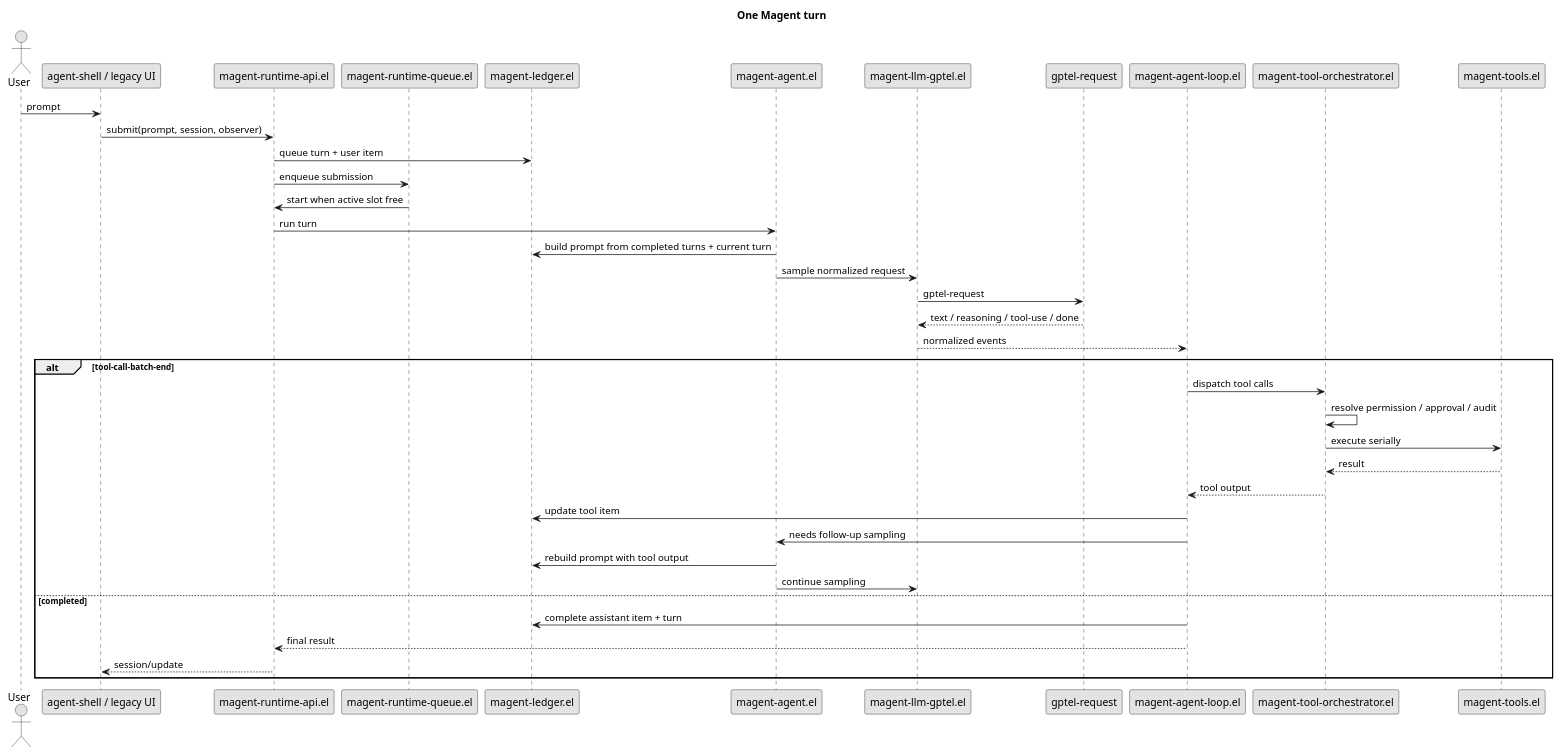
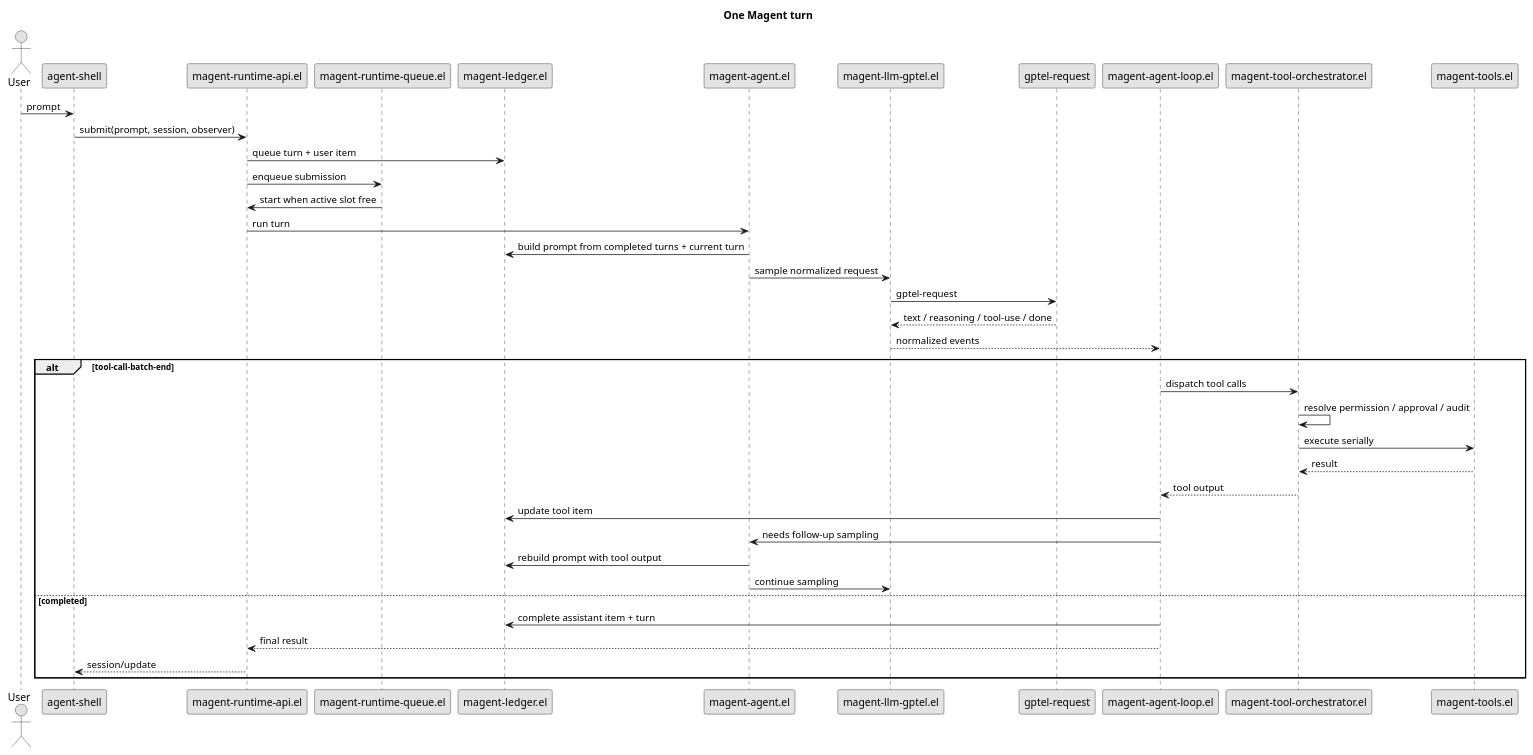
Before and after one commit to Jamie-Cui/magent: the second of 3 diagrams in docs/_diagrams/magent-architecture.org, drawn with PlantUML. The commit also changed other lines of this file and 22 other files, not shown here.

Commit message:
docs(ui): support agent-shell frontend only

```diff
--- a/docs/_diagrams/magent-architecture.org
+++ b/docs/_diagrams/magent-architecture.org
@@ -64,47 +62,47 @@
 #+begin_src plantuml :file ../assets/img/diagrams/one-magent-turn.svg :exports results :results file
 @startuml
 title One Magent turn
 skinparam monochrome true
 skinparam shadowing false
 
 actor User
-participant "agent-shell / legacy UI" as UI
+participant "agent-shell" as UI
 participant "magent-runtime-api.el" as Runtime
 participant "magent-runtime-queue.el" as Queue
 participant "magent-ledger.el" as Ledger
 participant "magent-agent.el" as Agent
 participant "magent-llm-gptel.el" as Adapter
 participant "gptel-request" as Gptel
 participant "magent-agent-loop.el" as Loop
 participant "magent-tool-orchestrator.el" as Orchestrator
 participant "magent-tools.el" as Tools
 
 User -> UI : prompt
 UI -> Runtime : submit(prompt, session, observer)
 Runtime -> Ledger : queue turn + user item
 Runtime -> Queue : enqueue submission
 Queue -> Runtime : start when active slot free
 Runtime -> Agent : run turn
 Agent -> Ledger : build prompt from completed turns + current turn
 Agent -> Adapter : sample normalized request
 Adapter -> Gptel : gptel-request
 Gptel --> Adapter : text / reasoning / tool-use / done
 Adapter --> Loop : normalized events
 
 alt tool-call-batch-end
   Loop -> Orchestrator : dispatch tool calls
   Orchestrator -> Orchestrator : resolve permission / approval / audit
   Orchestrator -> Tools : execute serially
   Tools --> Orchestrator : result
   Orchestrator --> Loop : tool output
   Loop -> Ledger : update tool item
   Loop -> Agent : needs follow-up sampling
   Agent -> Ledger : rebuild prompt with tool output
   Agent -> Adapter : continue sampling
 else completed
   Loop -> Ledger : complete assistant item + turn
   Loop --> Runtime : final result
   Runtime --> UI : session/update
 end
 @enduml
 #+end_src
```
